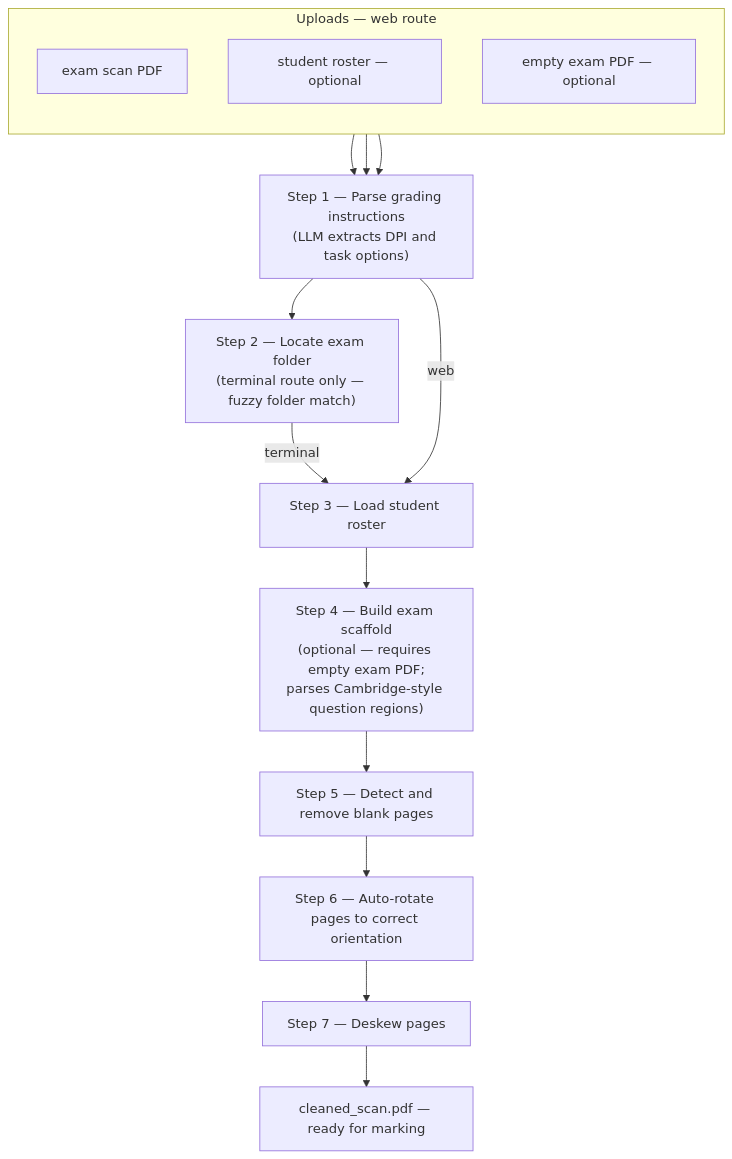
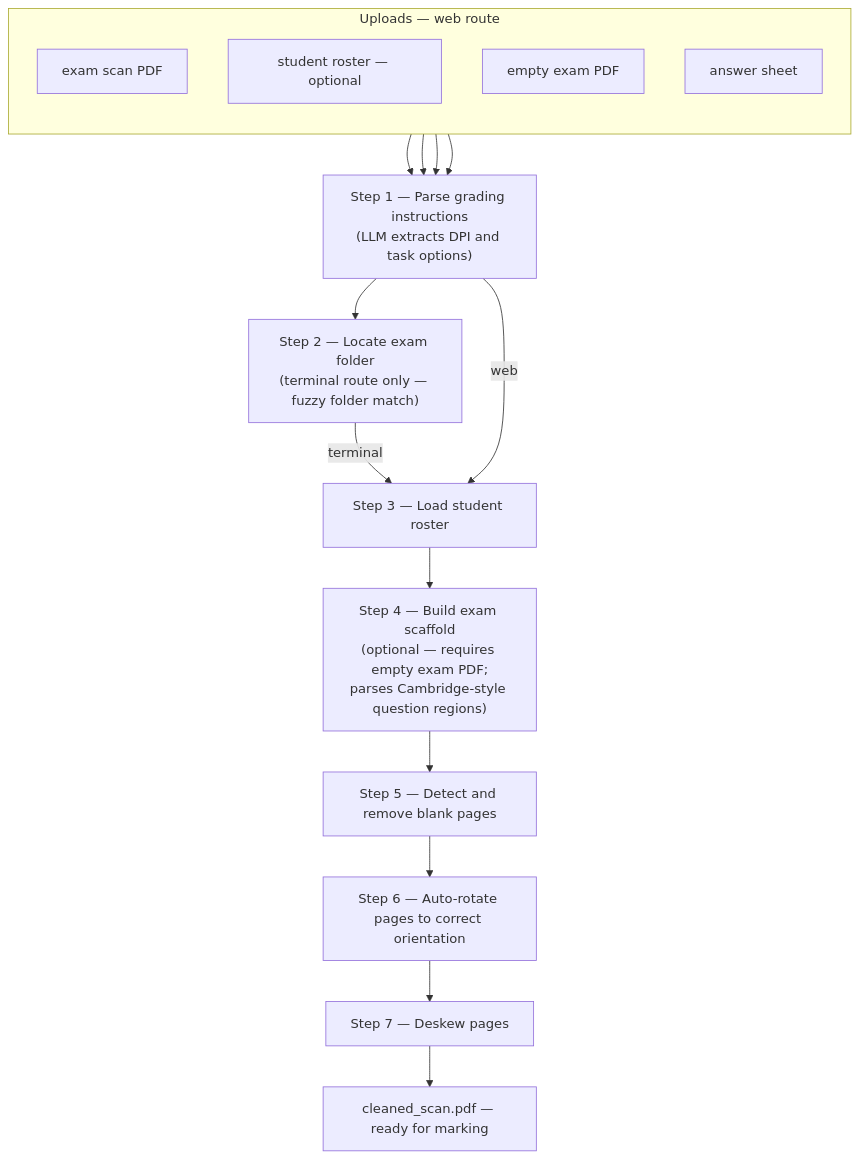
The second of 2 diagrams in README.md (JoschkaKoen/IGCSE-Exercise-Sheet-Generator-1), drawn with Mermaid before and after one commit.

Commit message:
README: grade flow uploads — answer sheet node; wire u4 into merge

````diff
--- a/README.md
+++ b/README.md
@@ -83,24 +83,25 @@
 ```mermaid
 flowchart TD
     subgraph uploads [Uploads — web route]
         direction TB
         u1[exam scan PDF]
         u2[student roster — optional]
-        u3[empty exam PDF — optional]
+        u3[empty exam PDF]
+        u4[answer sheet]
     end
 
     s1["Step 1 — Parse grading instructions\n(LLM extracts DPI and task options)"]
     s2["Step 2 — Locate exam folder\n(terminal route only — fuzzy folder match)"]
     s3["Step 3 — Load student roster"]
     s4["Step 4 — Build exam scaffold\n(optional — requires empty exam PDF;\nparses Cambridge-style question regions)"]
     s5["Step 5 — Detect and remove blank pages"]
     s6["Step 6 — Auto-rotate pages to correct orientation"]
     s7["Step 7 — Deskew pages"]
     out[cleaned_scan.pdf — ready for marking]
 
-    u1 & u2 & u3 --> s1
+    u1 & u2 & u3 & u4 --> s1
     s1 --> s2
     s2 -->|terminal| s3
     s1 -->|web| s3
     s3 --> s4 --> s5 --> s6 --> s7 --> out
 ```
````
